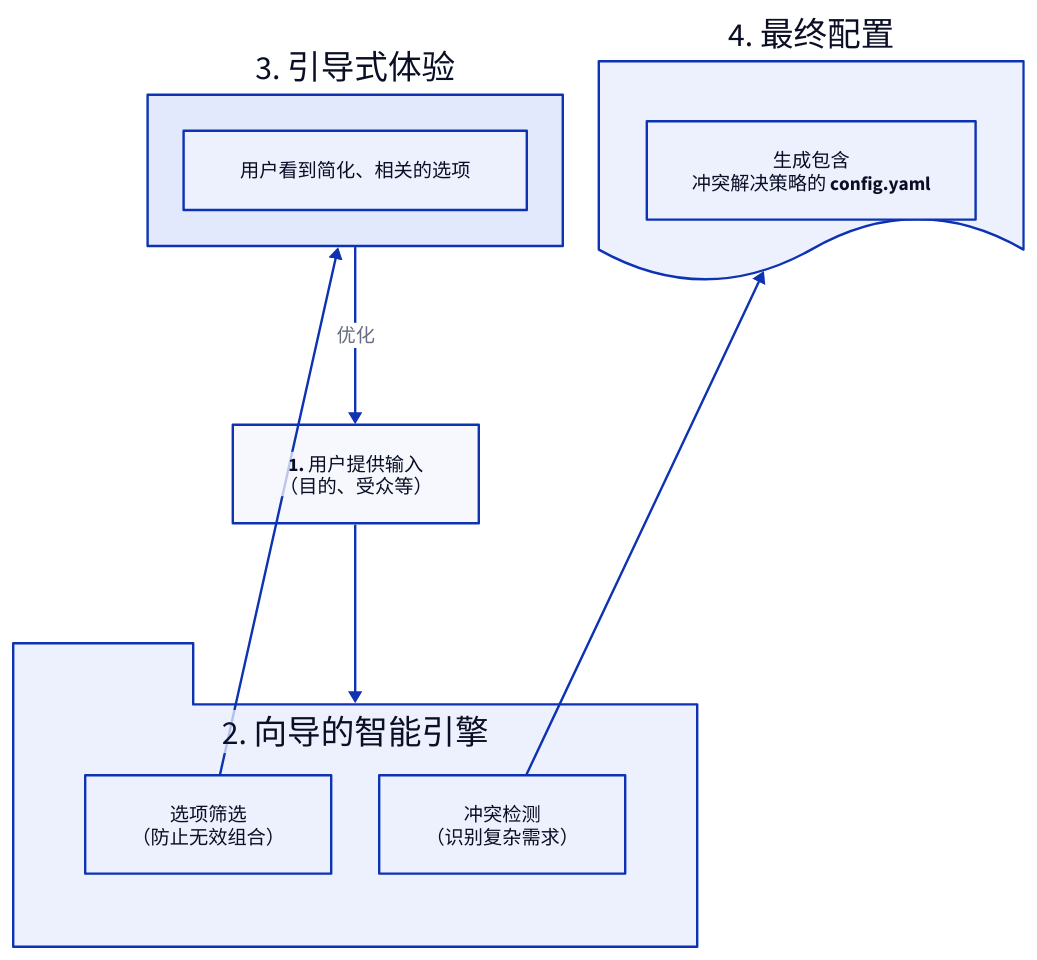
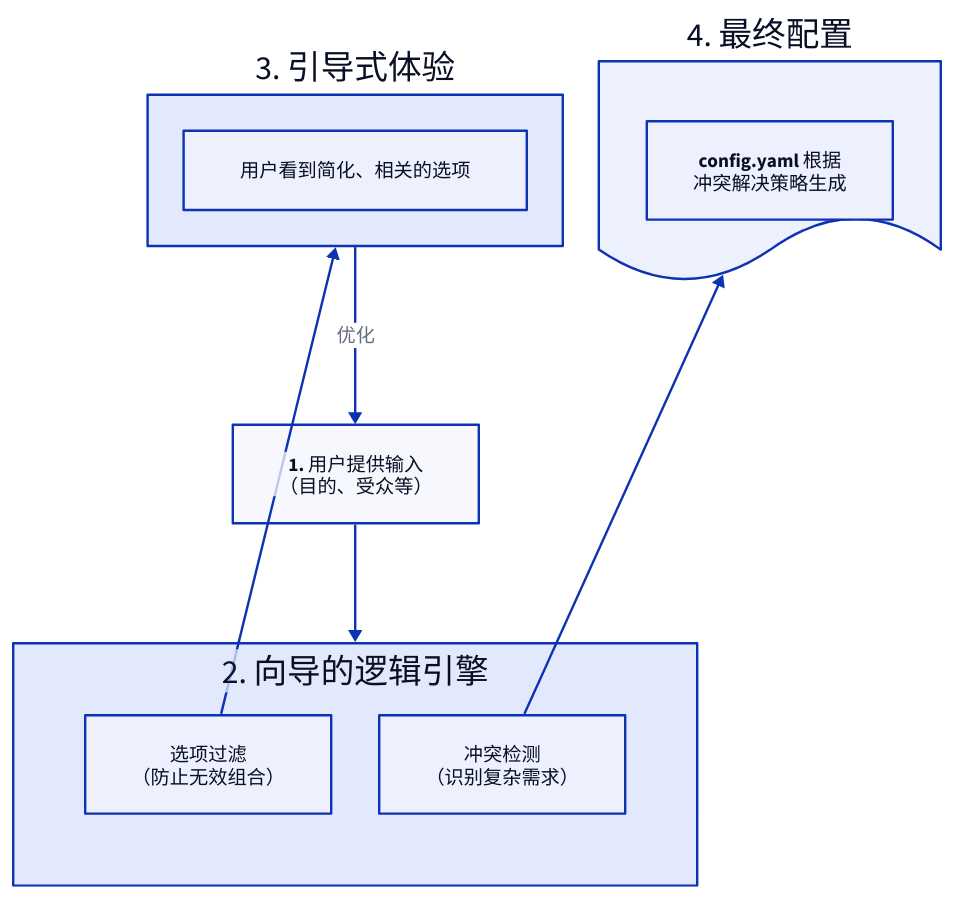
Before and after one commit to AIGNE-io/aigne-doc-smith: the diagram in docs/configuration-interactive-setup.zh.md, drawn with D2. The commit also changed other lines of this file and 35 other files, not shown here.

````diff
--- a/docs/configuration-interactive-setup.zh.md
+++ b/docs/configuration-interactive-setup.zh.md
@@ -32,39 +32,39 @@
 ```d2
 direction: down
 
 User-Selections: {
   label: "1. 用户提供输入\n（目的、受众等）"
   shape: rectangle
 }
 
-Wizard-Intelligence: {
-  label: "2. 向导的智能引擎"
-  shape: package
+Wizard-Engine: {
+  label: "2. 向导的逻辑引擎"
+  shape: rectangle
   grid-columns: 2
 
   Filtering: {
-    label: "选项筛选\n（防止无效组合）"
+    label: "选项过滤\n（防止无效组合）"
   }
 
   Conflict-Detection: {
     label: "冲突检测\n（识别复杂需求）"
   }
 }
 
 Guided-Experience: {
   label: "3. 引导式体验"
   shape: rectangle
   content: "用户看到简化、相关的选项"
 }
 
 Final-Config: {
   label: "4. 最终配置"
   shape: document
-  content: "生成包含\n冲突解决策略的 config.yaml"
+  content: "config.yaml 根据\n冲突解决策略生成"
 }
 
-User-Selections -> Wizard-Intelligence
-Wizard-Intelligence.Filtering -> Guided-Experience
-Wizard-Intelligence.Conflict-Detection -> Final-Config
+User-Selections -> Wizard-Engine
+Wizard-Engine.Filtering -> Guided-Experience
+Wizard-Engine.Conflict-Detection -> Final-Config
 Guided-Experience -> User-Selections: "优化"
 ```
````
